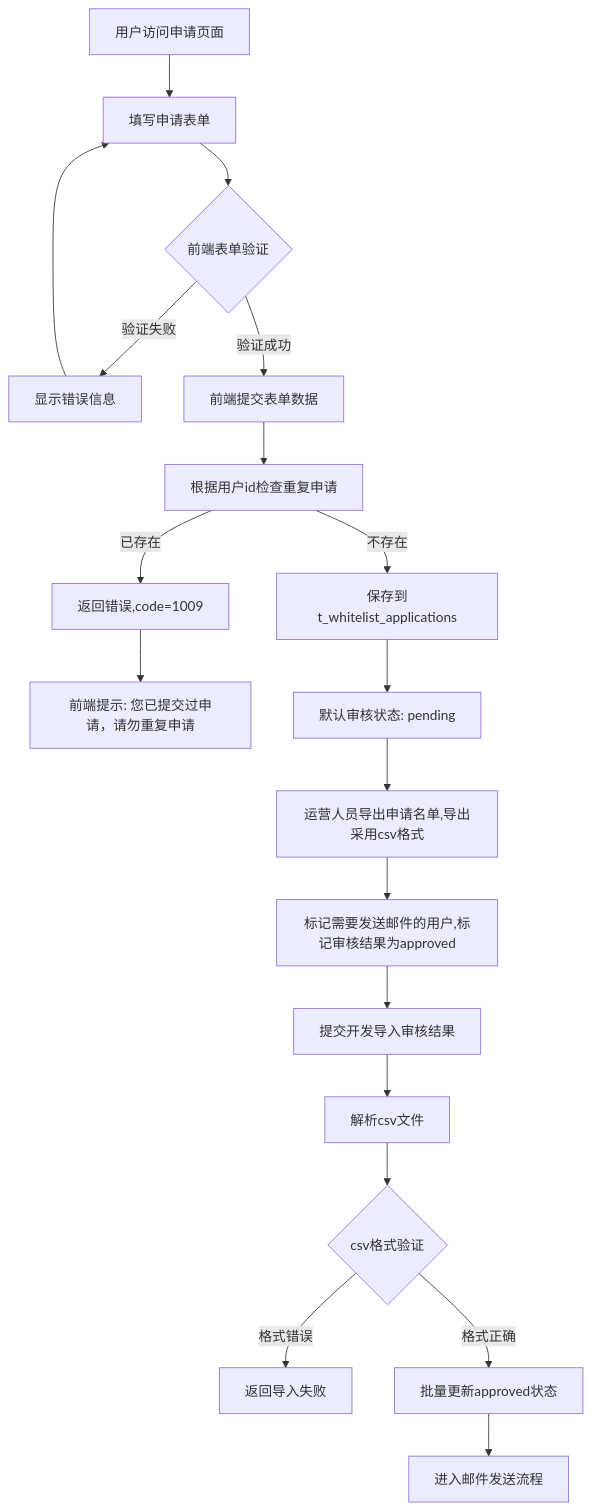
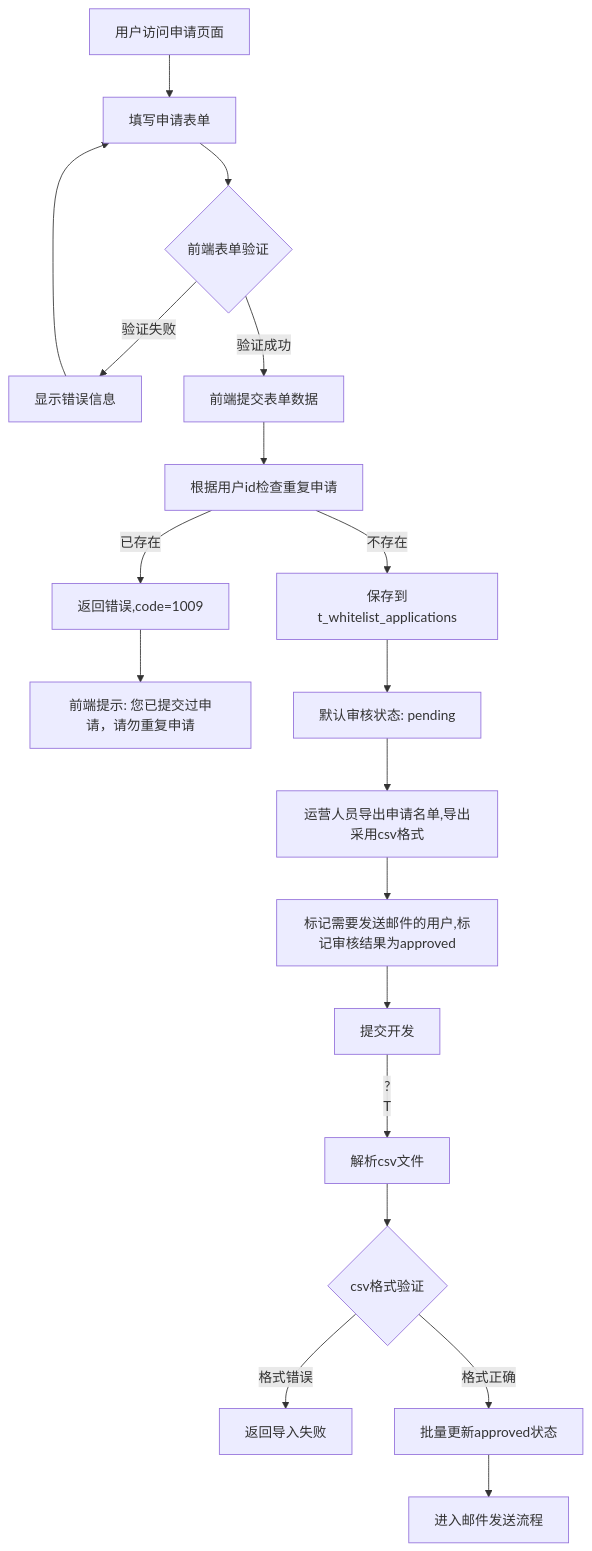
Before and after one commit to yingjianzh/iodraw-files: the diagram in all/未命名-76.md, drawn with Mermaid.

Commit message:
2025-07-08 09:51:20 update

````diff
--- a/all/未命名-76.md
+++ b/all/未命名-76.md
@@ -1,24 +1,25 @@
 ```mermaid
 
 flowchart TD
     A[用户访问申请页面] --> B[填写申请表单]
     B --> C{前端表单验证}
     C -->|验证失败| D[显示错误信息]
     D --> B
     C -->|验证成功| E[前端提交表单数据]
     E --> F[根据用户id检查重复申请]
     F -->|已存在| G[返回错误,code=1009]
     G --> H[前端提示: 您已提交过申请，请勿重复申请]
     F -->|不存在| I[保存到t_whitelist_applications]
     I --> K[默认审核状态: pending]
     
     K --> P[运营人员导出申请名单,导出采用csv格式]
     P --> S[标记需要发送邮件的用户,标记审核结果为approved]
-    S --> T[提交开发导入审核结果]
+    S --> T[提交开发]
+    T--?
     T --> T2[解析csv文件]
     T2 --> T3{csv格式验证}
     T3 -->|格式错误| T4[返回导入失败]
     T3 -->|格式正确| U[批量更新approved状态]
     U --> V[进入邮件发送流程]
 
 ```
````
